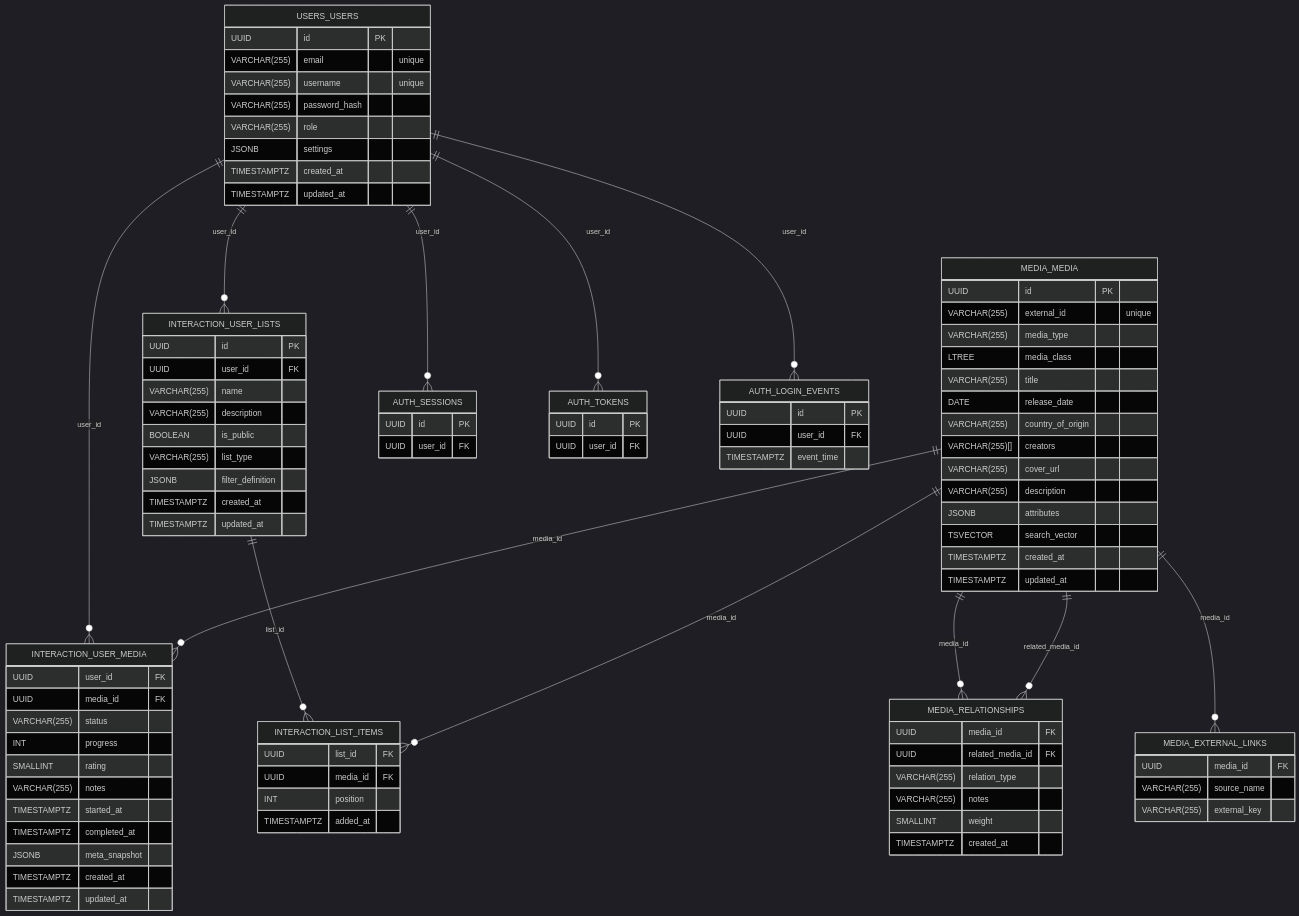
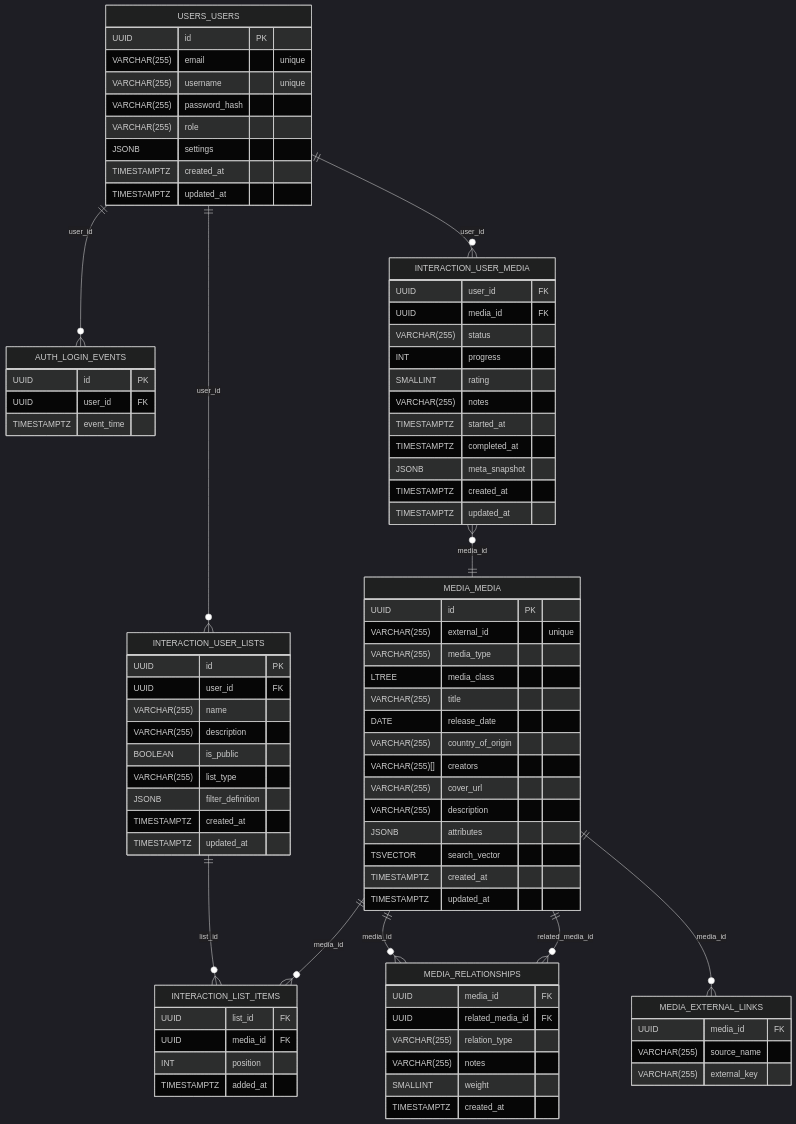
One commit to rabiddoughnuts/OmniMedia changed the diagram in docs/ERDiagram.md. Above: the diagram before and after it, drawn with Mermaid (dark theme). The commit also changed other lines of this file and 4 other files, not shown here.

Commit message:
Clean ERDiagram up to make it easier view, make documentation reflect changes to structure

````diff
--- a/docs/ERDiagram.md
+++ b/docs/ERDiagram.md
@@ -3,22 +3,5 @@
 ```mermaid
 erDiagram
-  MEDIA_MEDIA {
-    UUID id PK
-    VARCHAR(255) external_id "unique"
-    VARCHAR(255) media_type
-    LTREE media_class
-    VARCHAR(255) title
-    DATE release_date
-    VARCHAR(255) country_of_origin
-    VARCHAR(255)[] creators
-    VARCHAR(255) cover_url
-    VARCHAR(255) description
-    JSONB attributes
-    TSVECTOR search_vector
-    TIMESTAMPTZ created_at
-    TIMESTAMPTZ updated_at
-  }
-
   USERS_USERS {
     UUID id PK
     VARCHAR(255) email "unique"
@@ -26,6 +9,24 @@
     VARCHAR(255) password_hash
     VARCHAR(255) role
     JSONB settings
+    TIMESTAMPTZ created_at
+    TIMESTAMPTZ updated_at
+  }
+
+  AUTH_LOGIN_EVENTS {
+    UUID id PK
+    UUID user_id FK
+    TIMESTAMPTZ event_time
+  }
+
+  INTERACTION_USER_LISTS {
+    UUID id PK
+    UUID user_id FK
+    VARCHAR(255) name
+    VARCHAR(255) description
+    BOOLEAN is_public
+    VARCHAR(255) list_type
+    JSONB filter_definition
     TIMESTAMPTZ created_at
     TIMESTAMPTZ updated_at
   }
@@ -44,14 +45,19 @@
     TIMESTAMPTZ updated_at
   }
 
-  INTERACTION_USER_LISTS {
+  MEDIA_MEDIA {
     UUID id PK
-    UUID user_id FK
-    VARCHAR(255) name
+    VARCHAR(255) external_id "unique"
+    VARCHAR(255) media_type
+    LTREE media_class
+    VARCHAR(255) title
+    DATE release_date
+    VARCHAR(255) country_of_origin
+    VARCHAR(255)[] creators
+    VARCHAR(255) cover_url
     VARCHAR(255) description
-    BOOLEAN is_public
-    VARCHAR(255) list_type
-    JSONB filter_definition
+    JSONB attributes
+    TSVECTOR search_vector
     TIMESTAMPTZ created_at
     TIMESTAMPTZ updated_at
   }
@@ -79,26 +85,13 @@
     VARCHAR(255) external_key
   }
 
-  AUTH_SESSIONS {
-    UUID id PK
-    UUID user_id FK
-  }
+  USERS_USERS ||--o{ AUTH_LOGIN_EVENTS : user_id
 
-  AUTH_TOKENS {
-    UUID id PK
-    UUID user_id FK
-  }
-
-  AUTH_LOGIN_EVENTS {
-    UUID id PK
-    UUID user_id FK
-    TIMESTAMPTZ event_time
-  }
+  USERS_USERS ||--o{ INTERACTION_USER_LISTS : user_id
 
   USERS_USERS ||--o{ INTERACTION_USER_MEDIA : user_id
-  MEDIA_MEDIA ||--o{ INTERACTION_USER_MEDIA : media_id
+  INTERACTION_USER_MEDIA }o--|| MEDIA_MEDIA : media_id
 
-  USERS_USERS ||--o{ INTERACTION_USER_LISTS : user_id
   INTERACTION_USER_LISTS ||--o{ INTERACTION_LIST_ITEMS : list_id
   MEDIA_MEDIA ||--o{ INTERACTION_LIST_ITEMS : media_id
 
@@ -106,8 +99,4 @@
   MEDIA_MEDIA ||--o{ MEDIA_RELATIONSHIPS : related_media_id
 
   MEDIA_MEDIA ||--o{ MEDIA_EXTERNAL_LINKS : media_id
-
-  USERS_USERS ||--o{ AUTH_SESSIONS : user_id
-  USERS_USERS ||--o{ AUTH_TOKENS : user_id
-  USERS_USERS ||--o{ AUTH_LOGIN_EVENTS : user_id
 ```
````
